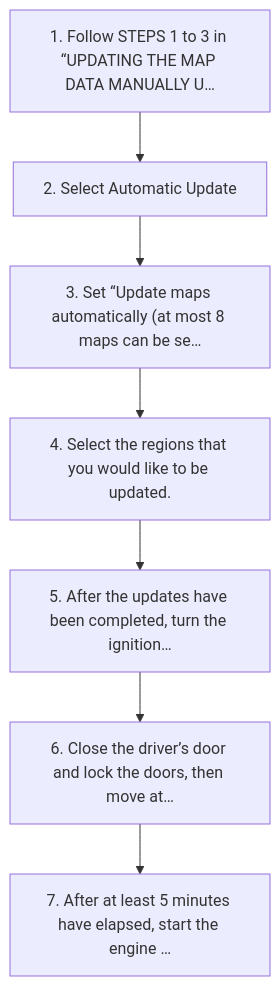
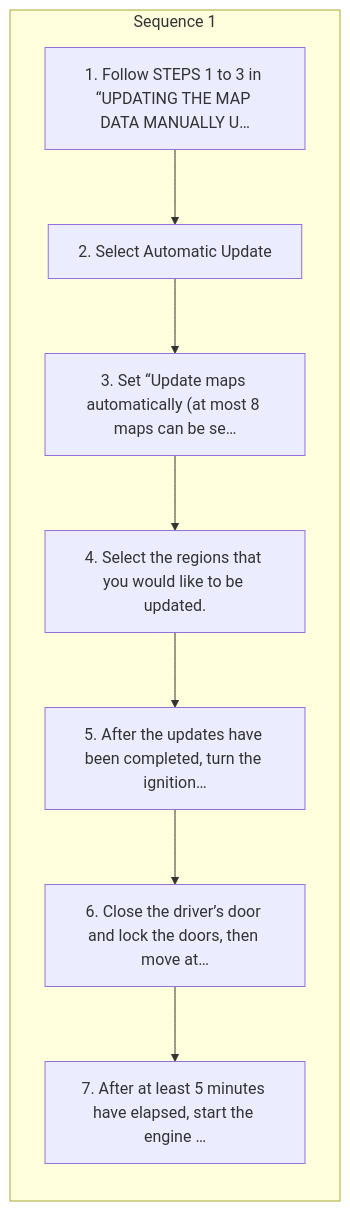
One commit to Chieko-Y/my-spec-generator changed the diagram in workspace/subaru/ascent-2026/ivi/published/navigation-system-if-equipped/26-using-wi-fi.md. Above: the diagram before and after it, drawn with Mermaid. The commit also changed other lines of this file and 268 other files, not shown here.

````diff
--- a/workspace/subaru/ascent-2026/ivi/published/navigation-system-if-equipped/26-using-wi-fi.md
+++ b/workspace/subaru/ascent-2026/ivi/published/navigation-system-if-equipped/26-using-wi-fi.md
@@ -9,16 +9,19 @@
 ```mermaid
 flowchart TD
-    S1["1. Follow STEPS 1 to 3 in “UPDATING THE MAP DATA MANUALLY U…"]
-    S2["2. Select Automatic Update"]
-    S3["3. Set “Update maps automatically (at most 8 maps can be se…"]
-    S4["4. Select the regions that you would like to be updated."]
-    S5["5. After the updates have been completed, turn the ignition…"]
-    S6["6. Close the driver’s door and lock the doors, then move at…"]
-    S7["7. After at least 5 minutes have elapsed, start the engine …"]
-    S1 --> S2
-    S2 --> S3
-    S3 --> S4
-    S4 --> S5
-    S5 --> S6
-    S6 --> S7
+    subgraph SEQ1["Sequence 1"]
+    direction TB
+    S1_1["1. Follow STEPS 1 to 3 in “UPDATING THE MAP DATA MANUALLY U…"]
+    S1_2["2. Select Automatic Update"]
+    S1_3["3. Set “Update maps automatically (at most 8 maps can be se…"]
+    S1_4["4. Select the regions that you would like to be updated."]
+    S1_5["5. After the updates have been completed, turn the ignition…"]
+    S1_6["6. Close the driver’s door and lock the doors, then move at…"]
+    S1_7["7. After at least 5 minutes have elapsed, start the engine …"]
+    S1_1 --> S1_2
+    S1_2 --> S1_3
+    S1_3 --> S1_4
+    S1_4 --> S1_5
+    S1_5 --> S1_6
+    S1_6 --> S1_7
+    end
 ```
````
